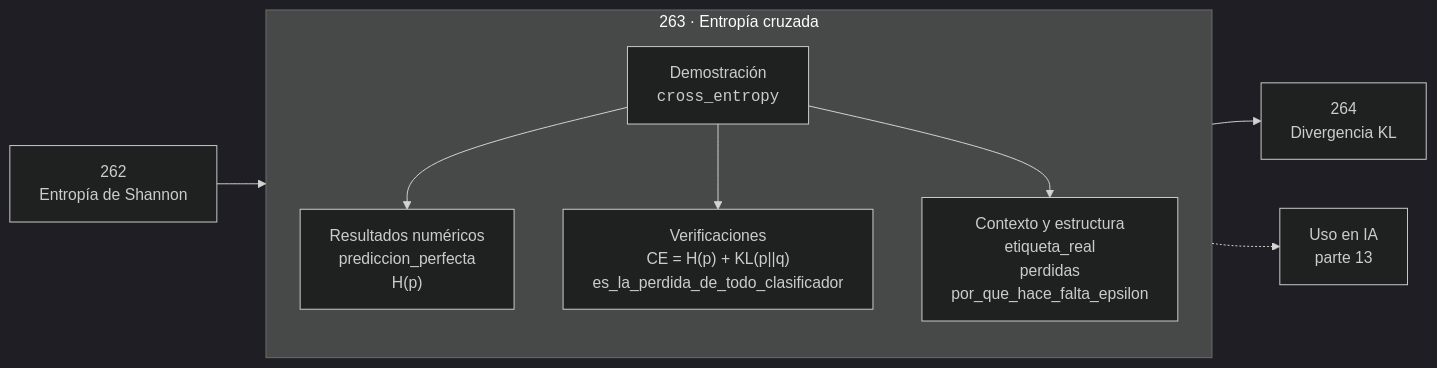
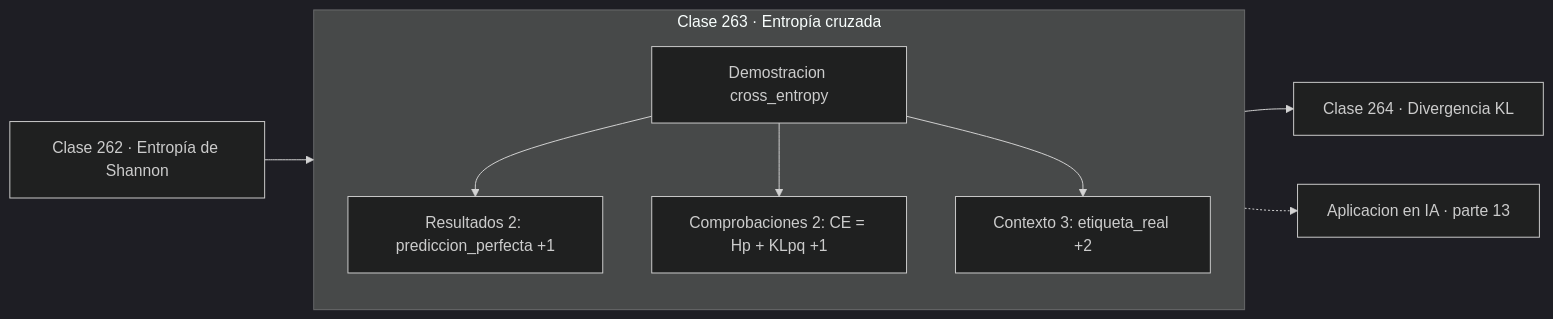
The diagram in classes/part-13-teoria-de-la-informacion-senales-y-series/263-entropia-cruzada/README.md (vladimiracunadev-create/computational-mathematics-program), drawn with Mermaid (dark theme) before and after one commit. The commit also changed 389 other files, not shown here.

First line of the commit message:
fix(diagramas): elimina el HTML de las etiquetas Mermaid

````diff
--- a/classes/part-13-teoria-de-la-informacion-senales-y-series/263-entropia-cruzada/README.md
+++ b/classes/part-13-teoria-de-la-informacion-senales-y-series/263-entropia-cruzada/README.md
@@ -30,12 +30,13 @@
 ```mermaid
 flowchart LR
-    P["262<br/>Entropía de Shannon"] --> C
-    subgraph C["263 · Entropía cruzada"]
+    P["Clase 262 · Entropía de Shannon"] --> D
+    subgraph CLASE["Clase 263 · Entropía cruzada"]
         direction TB
-        D["Demostración<br/><code>cross_entropy</code>"] --> R["Resultados numéricos<br/>prediccion_perfecta<br/>H(p)"]
-        D --> V["Verificaciones<br/>CE = H(p) + KL(p||q)<br/>es_la_perdida_de_todo_clasificador"]
-        D --> O["Contexto y estructura<br/>etiqueta_real<br/>perdidas<br/>por_que_hace_falta_epsilon"]
+        D["Demostracion cross_entropy"]
+        D --> R["Resultados 2: prediccion_perfecta +1"]
+        D --> V["Comprobaciones 2: CE = Hp + KLpq +1"]
+        D --> O["Contexto 3: etiqueta_real +2"]
     end
-    C --> N["264<br/>Divergencia KL"]
-    C -.-> IA["Uso en IA<br/>parte 13"]
+    R --> N["Clase 264 · Divergencia KL"]
+    V -.-> IA["Aplicacion en IA · parte 13"]
 ```
````
